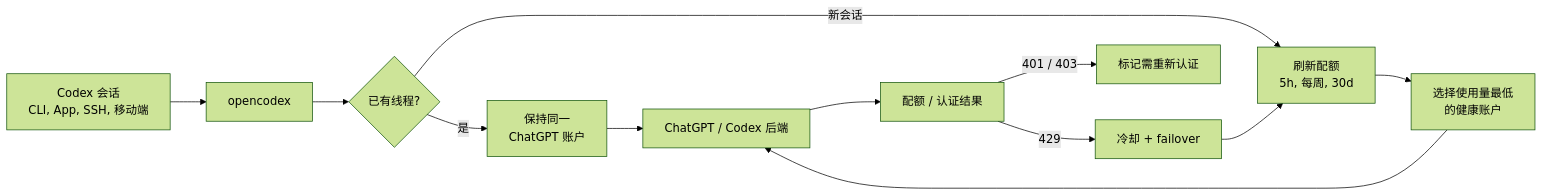
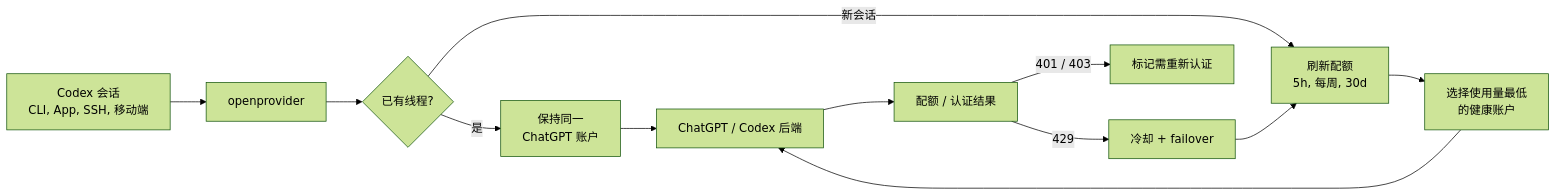
The diagram in readme/README.zh-CN.md (mDevsLabs/OpenProvider), drawn with Mermaid (forest theme) before and after one commit. The commit also changed other lines of this file and 1154 other files, not shown here.

````diff
--- a/readme/README.zh-CN.md
+++ b/readme/README.zh-CN.md
@@ -50,14 +50,14 @@
 ```mermaid
 flowchart LR
-  codex[Codex 会话<br/>CLI, App, SSH, 移动端] --> proxy[opencodex]
+  codex[Codex 会话<br/>CLI, App, SSH, 移动端] --> proxy[openprovider]
   proxy --> existing{已有线程?}
   existing -->|是| pinned[保持同一<br/>ChatGPT 账户]
   existing -->|新会话| quota[刷新配额<br/>5h, 每周, 30d]
   quota --> pick[选择使用量最低<br/>的健康账户]
   pick --> upstream[ChatGPT / Codex 后端]
   pinned --> upstream
   upstream --> outcomes[配额 / 认证结果]
   outcomes -->|429| cooldown[冷却 + failover]
   outcomes -->|401 / 403| reauth[标记需重新认证]
   cooldown --> quota
 ```
````
